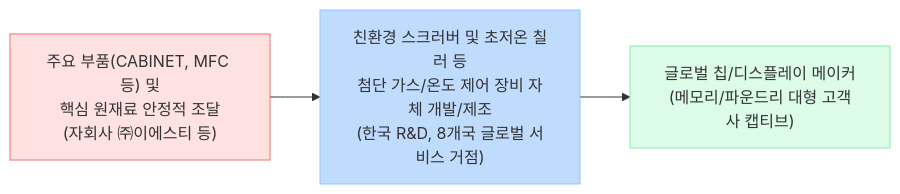
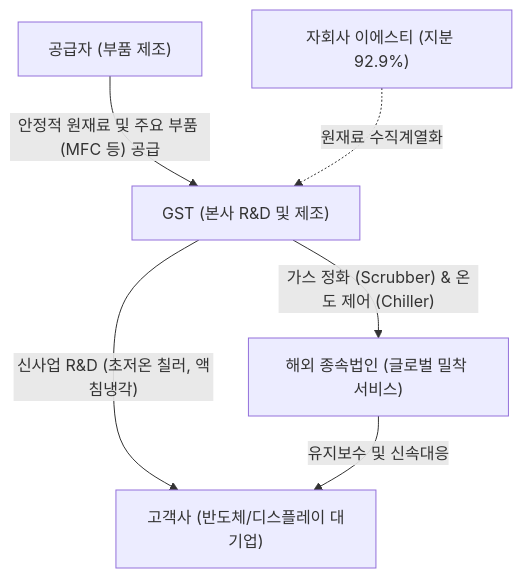
The diagram in Stock_Research/GST/3_Final_Reports/Phase1_Report.md (eve830521-cmd/my-skill), drawn with Mermaid before and after one commit. The commit also changed other lines of this file and 115 other files, not shown here.

````diff
--- a/Stock_Research/GST/3_Final_Reports/Phase1_Report.md
+++ b/Stock_Research/GST/3_Final_Reports/Phase1_Report.md
@@ -15,9 +6,8 @@
 ```mermaid
-graph LR
-    A["주요 부품(CABINET, MFC 등) 및<br>핵심 원재료 안정적 조달<br>(자회사 ㈜이에스티 등)"] --> B["친환경 스크러버 및 초저온 칠러 등<br>첨단 가스/온도 제어 장비 자체 개발/제조<br>(한국 R&D, 8개국 글로벌 서비스 거점)"]
-    B --> C["글로벌 칩/디스플레이 메이커<br>(메모리/파운드리 대형 고객사 캡티브)"]
-    
-    style A fill:#fee2e2,stroke:#f87171
-    style B fill:#bfdbfe,stroke:#93c5fd
-    style C fill:#dcfce7,stroke:#86efac
+graph TD
+    A["공급자 (부품 제조)"] -->|"안정적 원재료 및 주요 부품 (MFC 등) 공급"| B["GST (본사 R&D 및 제조)"]
+    A1["자회사 이에스티 (지분 92.9%)"] -. "원재료 수직계열화" .-> B
+    B -->|"가스 정화 (Scrubber) & 온도 제어 (Chiller)"| C["해외 종속법인 (글로벌 밀착 서비스)"]
+    B -->|"신사업 R&D (초저온 칠러, 액침냉각)"| D["고객사 (반도체/디스플레이 대기업)"]
+    C -->|"유지보수 및 신속대응"| D
 ```
````
